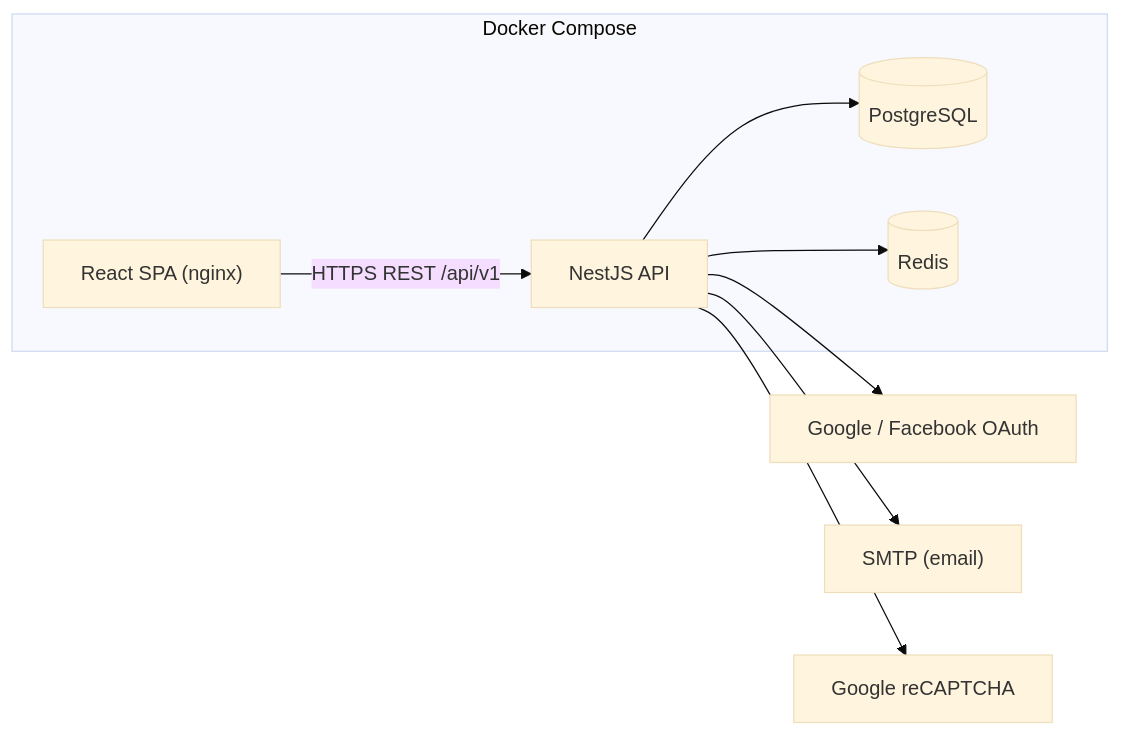
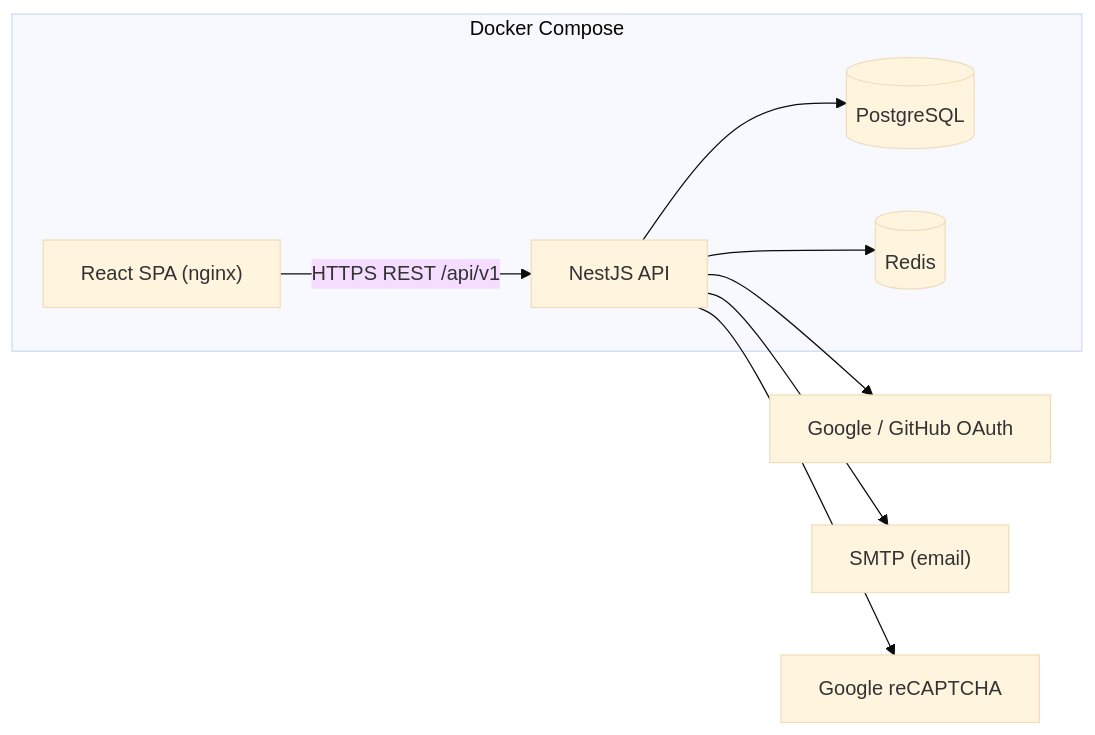
The first of 2 diagrams in README.md (Fairysmiley/i-love-shopping1), drawn with Mermaid (base theme) before and after one commit. The commit also changed other lines of this file and 51 other files, not shown here.

````diff
--- a/README.md
+++ b/README.md
@@ -62,16 +109,16 @@
 ```mermaid
 flowchart LR
   Browser["React SPA (nginx)"] -->|"HTTPS REST /api/v1"| API["NestJS API"]
   API --> PG[("PostgreSQL")]
   API --> Redis[("Redis")]
-  API --> OAuth["Google / Facebook OAuth"]
+  API --> OAuth["Google / GitHub OAuth"]
   API --> Mail["SMTP (email)"]
   API --> Captcha["Google reCAPTCHA"]
 
   subgraph compose [Docker Compose]
     Browser
     API
     PG
     Redis
   end
 ```
````
